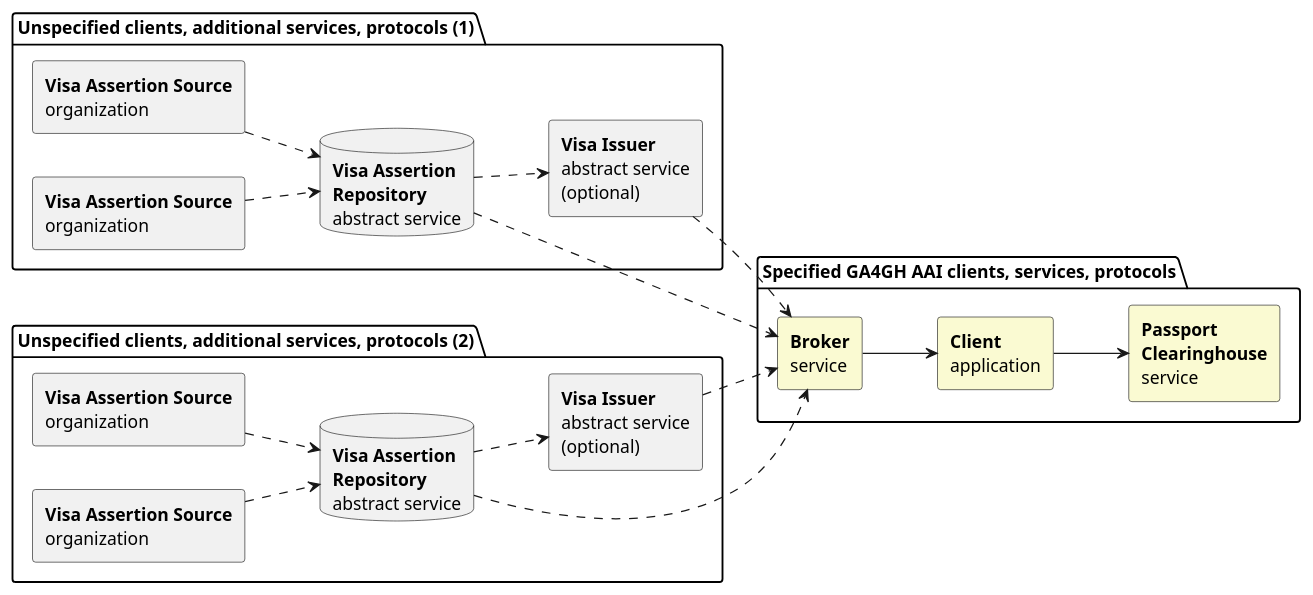
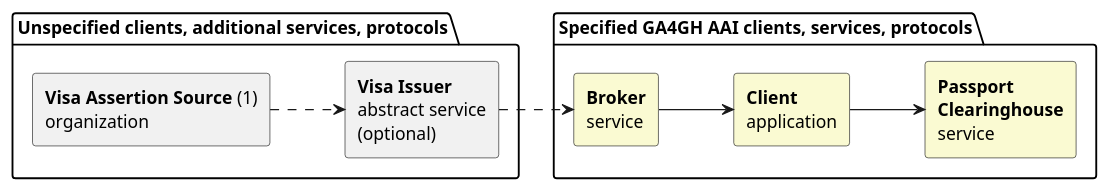
The second of 3 diagrams in AAI/AAIConnectProfile.md (ga4gh/data-security), drawn with PlantUML before and after one commit. The commit also changed other lines of this file, not shown here.

```diff
--- a/AAI/AAIConnectProfile.md
+++ b/AAI/AAIConnectProfile.md
@@ -377,43 +339,23 @@
 @startuml
 skinparam componentStyle rectangle
 left to right direction
 
-package "Unspecified clients, additional services, protocols (1)" {
-component "<b>Visa Assertion Source</b>\norganization" as VisaSource11
-component "<b>Visa Assertion Source</b>\norganization" as VisaSource12
-
-database "<b>Visa Assertion</b>\n<b>Repository</b>\nabstract service" as VisaRepository1
-component "<b>Visa Issuer</b>\nabstract service\n(optional)" as VisaIssuer1
-}
-
-package "Unspecified clients, additional services, protocols (2)" {
-component "<b>Visa Assertion Source</b>\norganization" as VisaSource21
-component "<b>Visa Assertion Source</b>\norganization" as VisaSource22
-
-database "<b>Visa Assertion</b>\n<b>Repository</b>\nabstract service" as VisaRepository2
-component "<b>Visa Issuer</b>\nabstract service\n(optional)" as VisaIssuer2
+package "Unspecified clients, additional services, protocols" {
+component "<b>Visa Assertion Source</b> (1)\norganization" as VisaSource
+component "<b>Visa Issuer</b>\nabstract service\n(optional)" as VisaIssuer
 }
 
 package "Specified GA4GH AAI clients, services, protocols" {
 component "<b>Broker</b>\nservice" as Broker #FAFAD2
 component "<b>Client</b>\napplication" as Client #FAFAD2
 component "<b>Passport</b>\n<b>Clearinghouse</b>\nservice" as ClearingHouse #FAFAD2
 }
 
-VisaSource11 ..> VisaRepository1
-VisaSource12 ..> VisaRepository1
-VisaRepository1 ..> VisaIssuer1
-
-VisaSource21 ..> VisaRepository2
-VisaSource22 ..> VisaRepository2
-VisaRepository2 ..> VisaIssuer2
+VisaSource ..> VisaIssuer
 
 
-VisaRepository1 ..> Broker 
-VisaIssuer1 ..> Broker 
-VisaRepository2 ..> Broker 
-VisaIssuer2 ..> Broker 
+VisaIssuer ..> Broker 
 Broker --> Client 
 Client --> ClearingHouse
 
 @enduml
```
